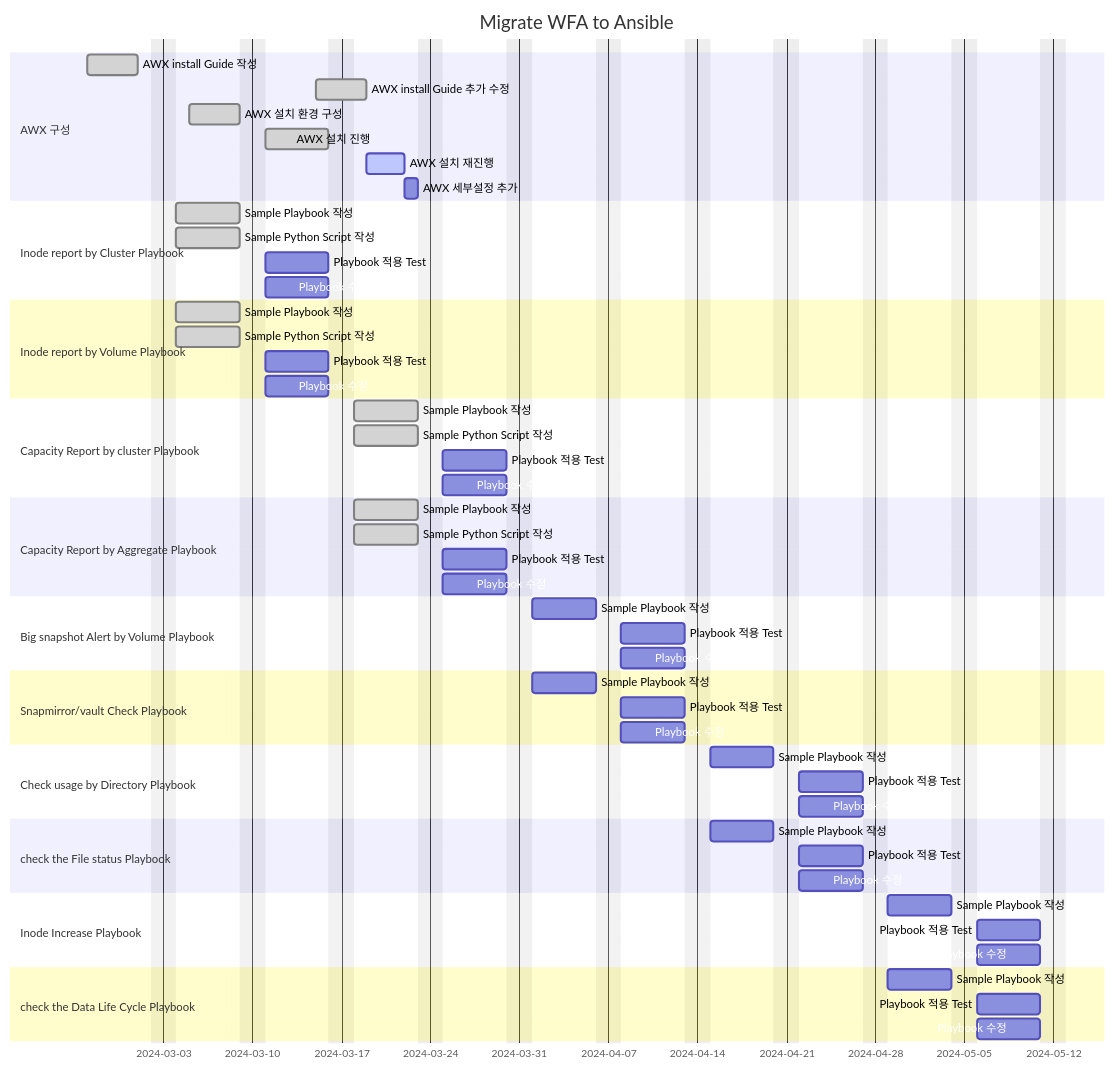
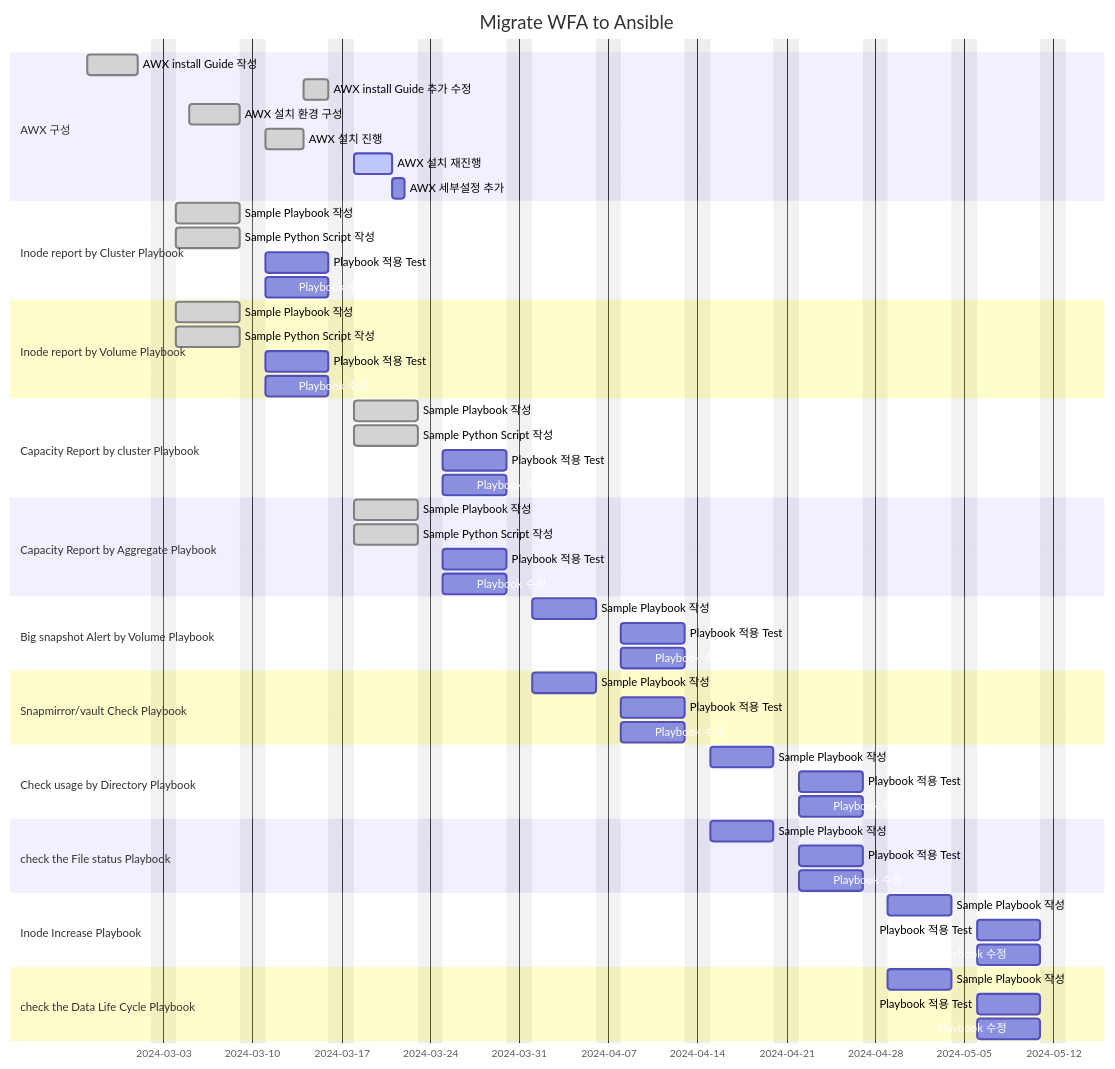
The diagram in SKHynics/Readme.md (netappkr/AnsiblePlaybook), drawn with Mermaid before and after one commit. The commit also changed other lines of this file, not shown here.

````diff
--- a/SKHynics/Readme.md
+++ b/SKHynics/Readme.md
@@ -62,68 +62,68 @@
 ```mermaid
 gantt
     title Migrate WFA to Ansible
     dateFormat  YYYY-MM-DD
     excludes    weekends
 
     section AWX 구성
     AWX install Guide 작성  : done, awx1, 2024-02-26, 4d
-    AWX install Guide 추가 수정  : done, awx1-1, 2024-03-15, 2d
+    AWX install Guide 추가 수정  : done, awx1-1, after awx3, 2d
     AWX 설치 환경 구성  : done, awx2, 2024-03-05, 4d
-    AWX 설치 진행 : done, awx3, after awx2 , 5d
+    AWX 설치 진행 : done, awx3, after awx2 , 3d
     AWX 설치 재진행 : active, awx3-1, after awx1-1 , 3d
     AWX 세부설정 추가 : awx4, after awx3-1, 1d
 
     section Inode report by Cluster Playbook
     Sample Playbook 작성 : done,p1-1, 2024-03-04, 5d
     Sample Python Script 작성 : done,p1-2, 2024-03-04, 5d
     Playbook 적용 Test: p1-3, after p1-2,  5d
     Playbook 수정 : p1-4, after p1-2 , 5d
 
     section Inode report by Volume Playbook
     Sample Playbook 작성 : done, p2-1, 2024-03-04, 5d
     Sample Python Script 작성 : done, p2-2, 2024-03-04, 5d
     Playbook 적용 Test: p2-3, after p2-2,  5d
     Playbook 수정 : p2-4, after p2-2 , 5d
 
     section Capacity Report by cluster Playbook
     Sample Playbook 작성 : done, p3-1, 2024-03-18, 5d
     Sample Python Script 작성 : done, p3-2, 2024-03-18, 5d
     Playbook 적용 Test: p3-3, after p3-1,  5d
     Playbook 수정 : p3-4, after p3-1 , 5d
 
     section Capacity Report by Aggregate Playbook
     Sample Playbook 작성 : done, p4-1, 2024-03-18, 5d
     Sample Python Script 작성 : done, p4-2, 2024-03-18, 5d
     Playbook 적용 Test: p4-3, after p4-1,  5d
     Playbook 수정 : p4-3, after p4-1 , 5d
 
     section Big snapshot Alert by Volume Playbook
     Sample Playbook 작성 : p5-1, 2024-04-01, 5d
     Playbook 적용 Test: p5-2, after p5-1,  5d
     Playbook 수정 : p5-3, after p5-1 , 5d
 
     section Snapmirror/vault Check Playbook
     Sample Playbook 작성 : p6-1, 2024-04-01, 5d
     Playbook 적용 Test: p6-2, after p6-1,  5d
     Playbook 수정 : p6-3, after p6-1 , 5d
 
     section Check usage by Directory Playbook
     Sample Playbook 작성 : p7-1, 2024-04-15, 5d
     Playbook 적용 Test: p7-2, after p7-1,  5d
     Playbook 수정 : p7-3, after p7-1 , 5d
 
     section check the File status Playbook
     Sample Playbook 작성 : p8-1, 2024-04-15, 5d
     Playbook 적용 Test: p8-2, after p8-1,  5d
     Playbook 수정 : p8-3, after p8-1 , 5d
 
     section Inode Increase Playbook
     Sample Playbook 작성 : p9-1, 2024-04-29, 5d
     Playbook 적용 Test: p9-2, after p9-1,  5d
     Playbook 수정 : p9-3, after p9-1 , 5d
 
     section check the Data Life Cycle Playbook
     Sample Playbook 작성 : p10-1, 2024-04-29, 5d
     Playbook 적용 Test: p10-2, after p10-1,  5d
     Playbook 수정 : p10-3, after p10-1 , 5d
 ```
````
